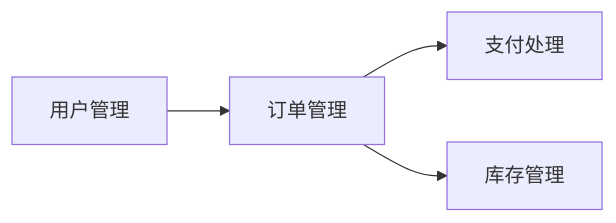
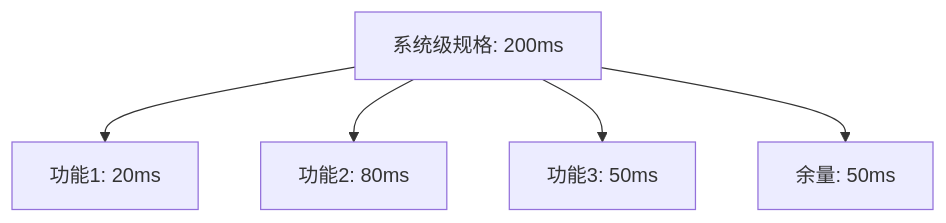
One commit to aiimoyu/hyper-designer changed the first of 3 diagrams in src/skills/hyper-designer/functional-design/references/system-design.md. Above: the diagram before and after it, drawn with Mermaid. The commit also changed other lines of this file and 4 other files, not shown here.

````diff
--- a/src/skills/hyper-designer/functional-design/references/system-design.md
+++ b/src/skills/hyper-designer/functional-design/references/system-design.md
@@ -159,6 +584,7 @@
 ```mermaid
-graph LR
-    M001[用户管理] --> M002[订单管理]
-    M002 --> M003[支付处理]
-    M002 --> M004[库存管理]
+graph TD
+    SysSpec[系统级规格: 200ms] --> F1[功能1: 20ms]
+    SysSpec --> F2[功能2: 80ms]
+    SysSpec --> F3[功能3: 50ms]
+    SysSpec --> Margin[余量: 50ms]
 ```
````
